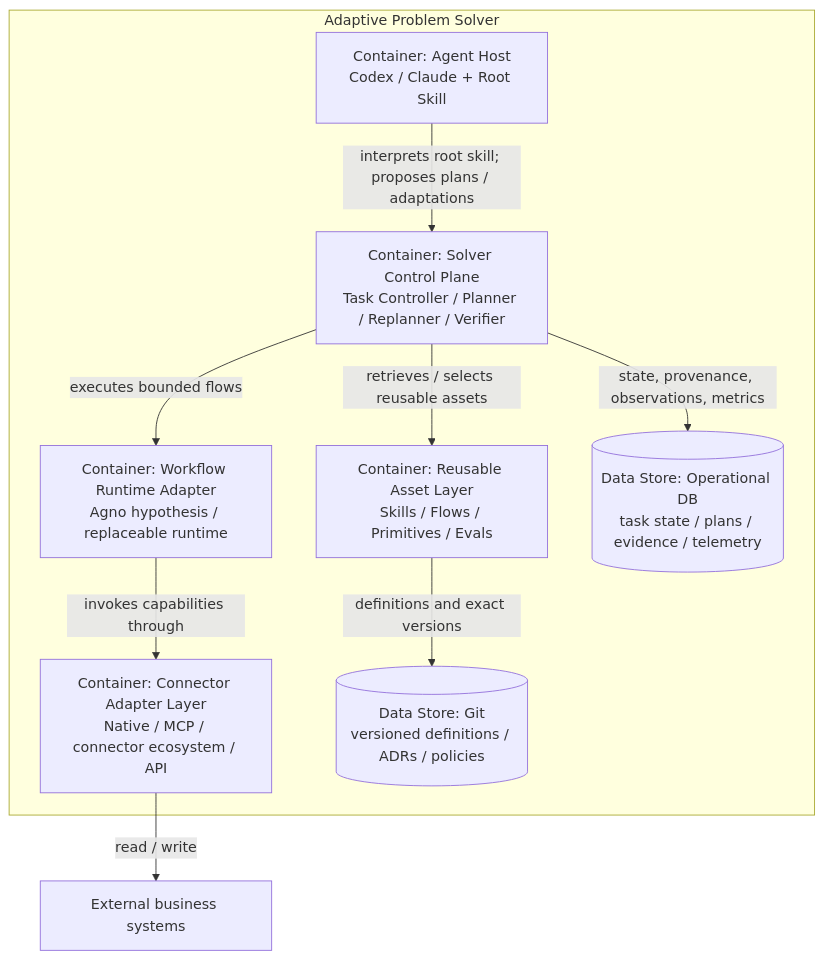
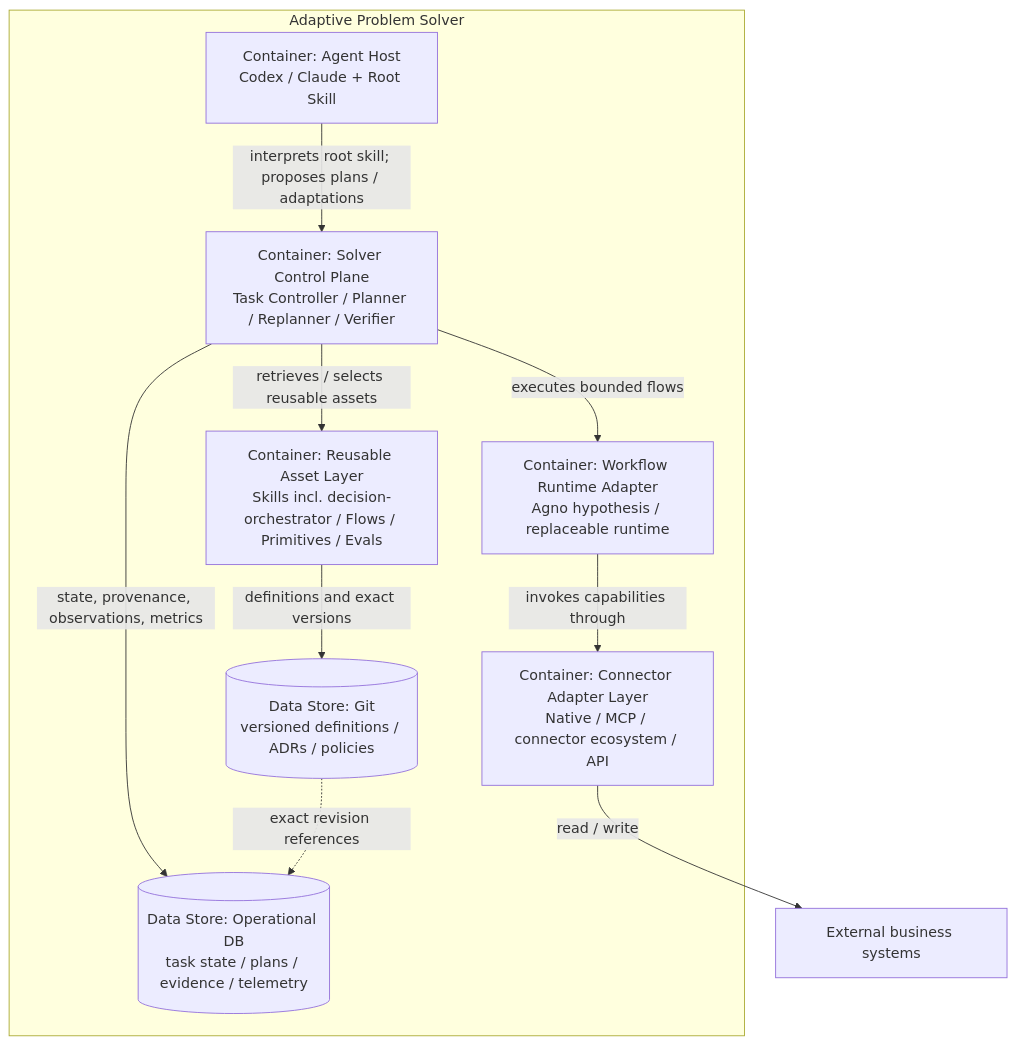
The second of 6 diagrams in docs/architecture/README.md (n0namer/skills-for-decision-making), drawn with Mermaid before and after one commit. The commit also changed other lines of this file, not shown here.

````diff
--- a/docs/architecture/README.md
+++ b/docs/architecture/README.md
@@ -38,22 +38,23 @@
 ```mermaid
 flowchart TB
     subgraph APS["Adaptive Problem Solver"]
         HOST["Container: Agent Host\nCodex / Claude + Root Skill"]
         CTRL["Container: Solver Control Plane\nTask Controller / Planner / Replanner / Verifier"]
-        ASSETS["Container: Reusable Asset Layer\nSkills / Flows / Primitives / Evals"]
+        ASSETS["Container: Reusable Asset Layer\nSkills incl. decision-orchestrator / Flows / Primitives / Evals"]
         RUNTIME["Container: Workflow Runtime Adapter\nAgno hypothesis / replaceable runtime"]
         CONNECT["Container: Connector Adapter Layer\nNative / MCP / connector ecosystem / API"]
         GIT[("Data Store: Git\nversioned definitions / ADRs / policies")]
         DB[("Data Store: Operational DB\ntask state / plans / evidence / telemetry")]
     end
 
     EXT["External business systems"]
 
     HOST -->|"interprets root skill; proposes plans / adaptations"| CTRL
     CTRL -->|"retrieves / selects reusable assets"| ASSETS
     ASSETS -->|"definitions and exact versions"| GIT
     CTRL -->|"state, provenance, observations, metrics"| DB
+    GIT -.->|"exact revision references"| DB
     CTRL -->|"executes bounded flows"| RUNTIME
     RUNTIME -->|"invokes capabilities through"| CONNECT
     CONNECT -->|"read / write"| EXT
 ```
````
